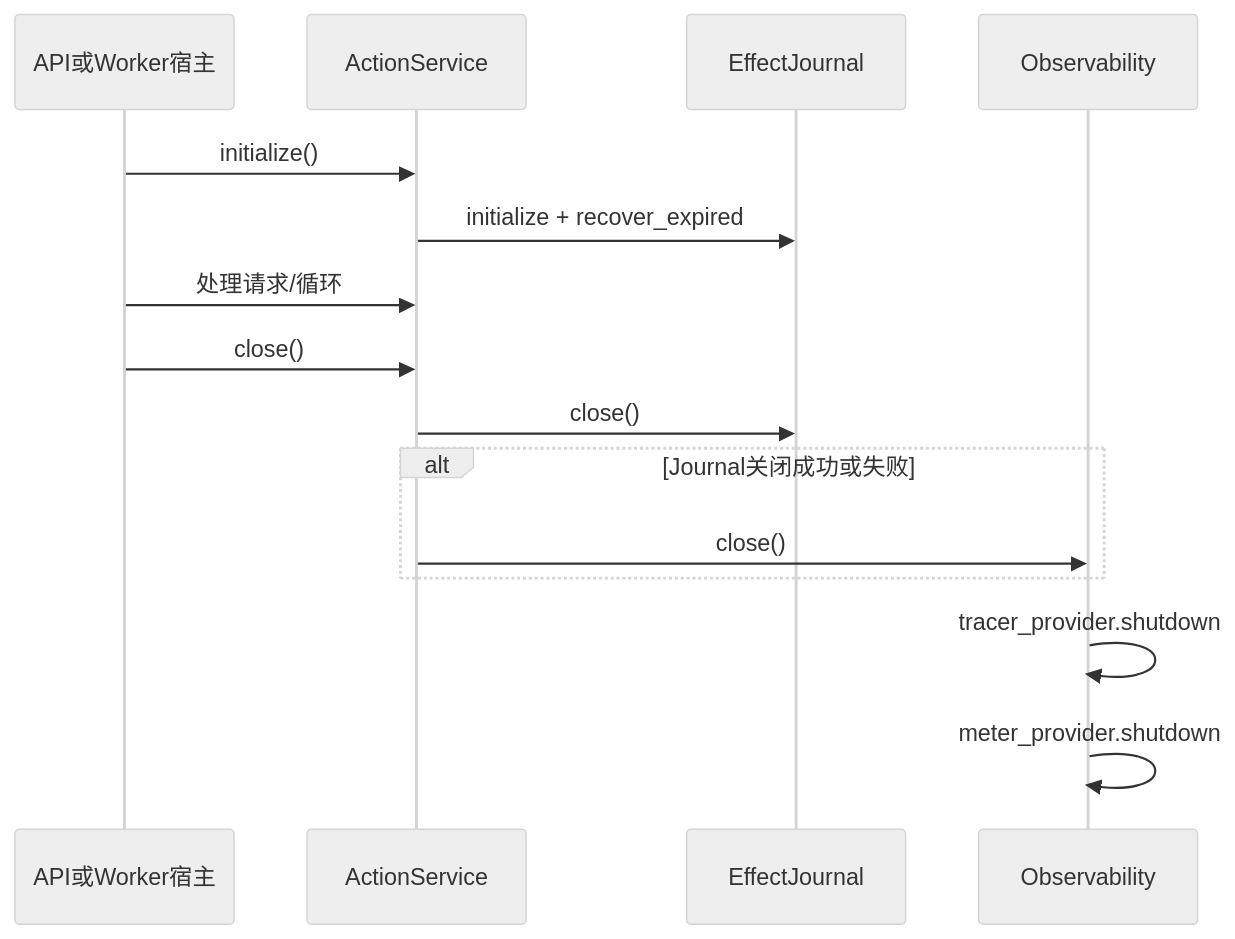
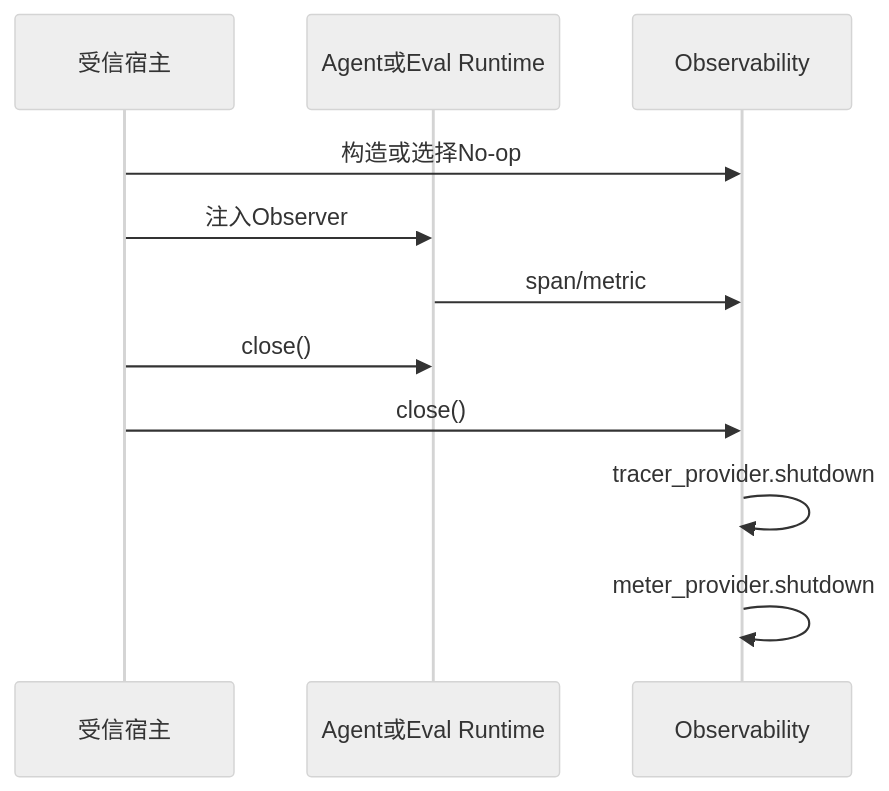
One commit to carrie1988/Harnessix changed diagram 14 of 17 in docs/modules/observability.md. Above: the diagram before and after it, drawn with Mermaid (neutral theme). The commit also changed other lines of this file and 121 other files, not shown here.

````diff
--- a/docs/modules/observability.md
+++ b/docs/modules/observability.md
@@ -765,17 +738,13 @@
 ```mermaid
 sequenceDiagram
-    participant Host as API或Worker宿主
-    participant Service as ActionService
-    participant Journal as EffectJournal
+    participant Host as 受信宿主
+    participant Runtime as Agent或Eval Runtime
     participant Obs as Observability
-    Host->>Service: initialize()
-    Service->>Journal: initialize + recover_expired
-    Host->>Service: 处理请求/循环
-    Host->>Service: close()
-    Service->>Journal: close()
-    alt Journal关闭成功或失败
-        Service->>Obs: close()
-    end
+    Host->>Obs: 构造或选择No-op
+    Host->>Runtime: 注入Observer
+    Runtime->>Obs: span/metric
+    Host->>Runtime: close()
+    Host->>Obs: close()
     Obs->>Obs: tracer_provider.shutdown
     Obs->>Obs: meter_provider.shutdown
 ```
````
